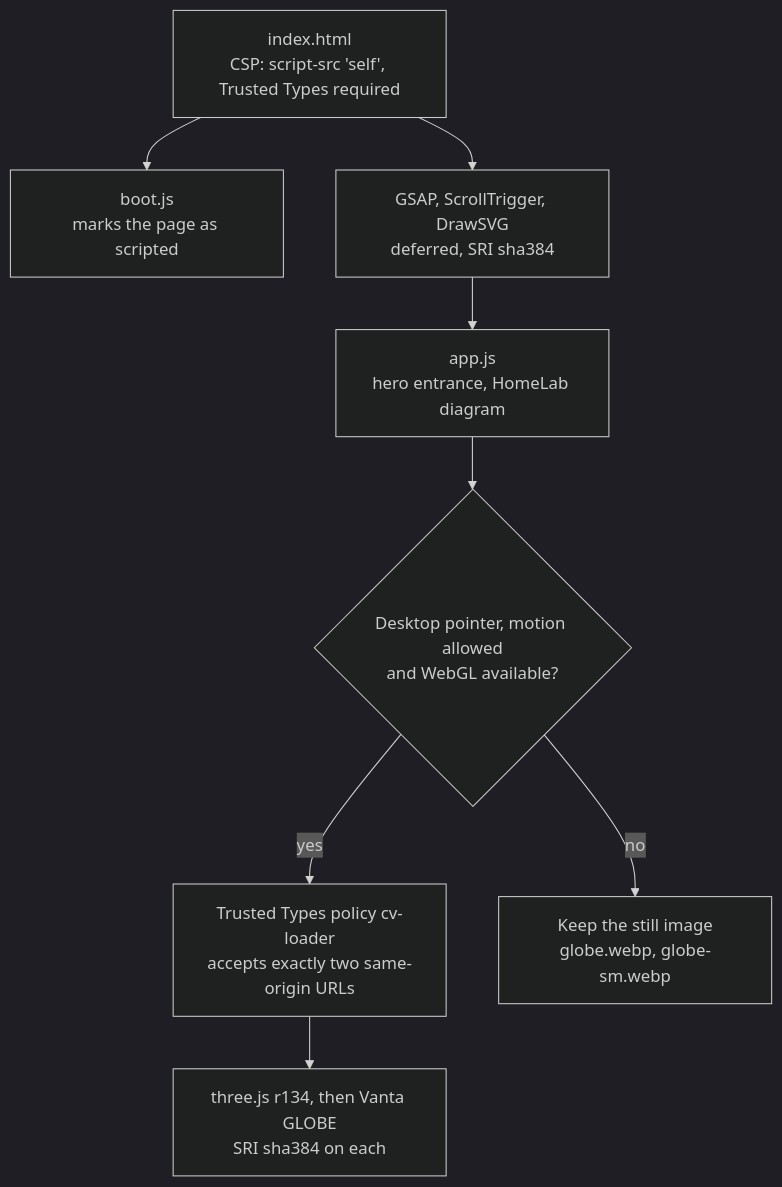
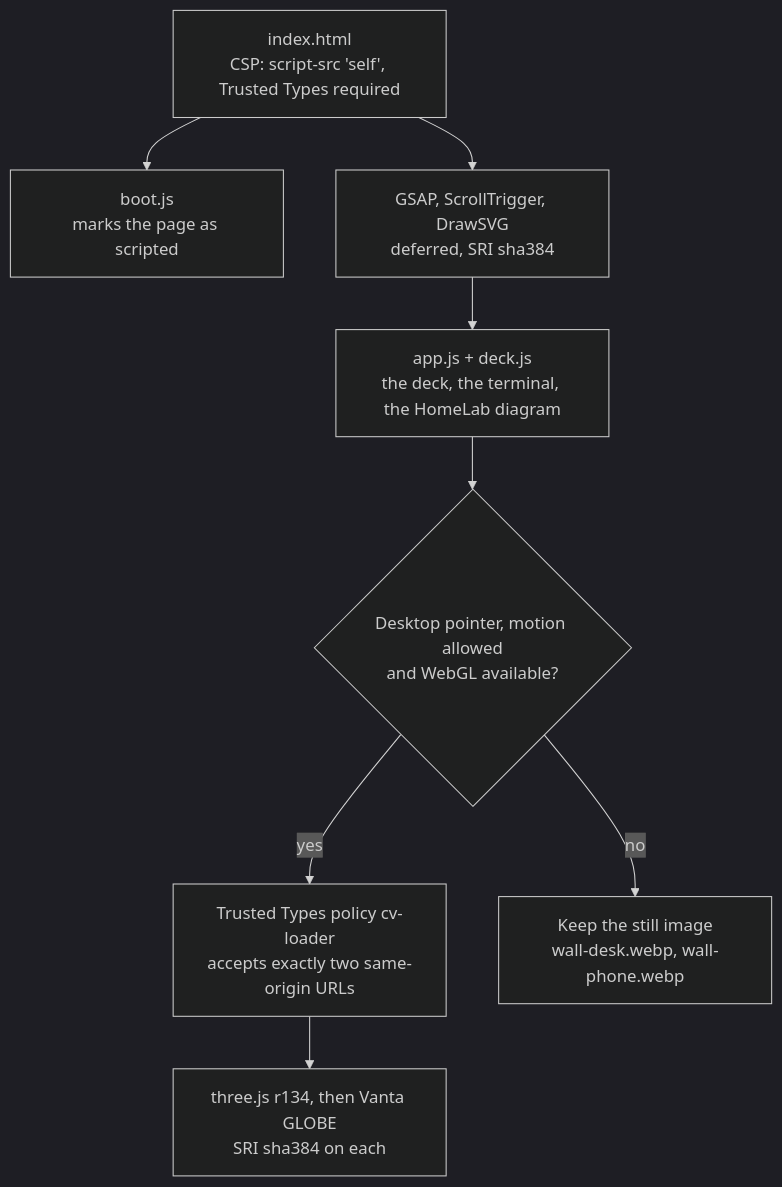
One commit to DimPourn/DimPournCV changed the diagram in README.md. Above: the diagram before and after it, drawn with Mermaid (dark theme). The commit also changed other lines of this file and 1 other file, not shown here.

First line of the commit message:
Point the CV downloads at the root copy and describe the deck

````diff
--- a/README.md
+++ b/README.md
@@ -37,10 +43,10 @@
 ```mermaid
 flowchart TD
   A["index.html<br/>CSP: script-src 'self', Trusted Types required"] --> B["boot.js<br/>marks the page as scripted"]
   A --> C["GSAP, ScrollTrigger, DrawSVG<br/>deferred, SRI sha384"]
-  C --> D["app.js<br/>hero entrance, HomeLab diagram"]
+  C --> D["app.js + deck.js<br/>the deck, the terminal, the HomeLab diagram"]
   D --> E{"Desktop pointer, motion allowed<br/>and WebGL available?"}
   E -- yes --> F["Trusted Types policy cv-loader<br/>accepts exactly two same-origin URLs"]
   F --> G["three.js r134, then Vanta GLOBE<br/>SRI sha384 on each"]
-  E -- no --> H["Keep the still image<br/>globe.webp, globe-sm.webp"]
+  E -- no --> H["Keep the still image<br/>wall-desk.webp, wall-phone.webp"]
 ```
````
